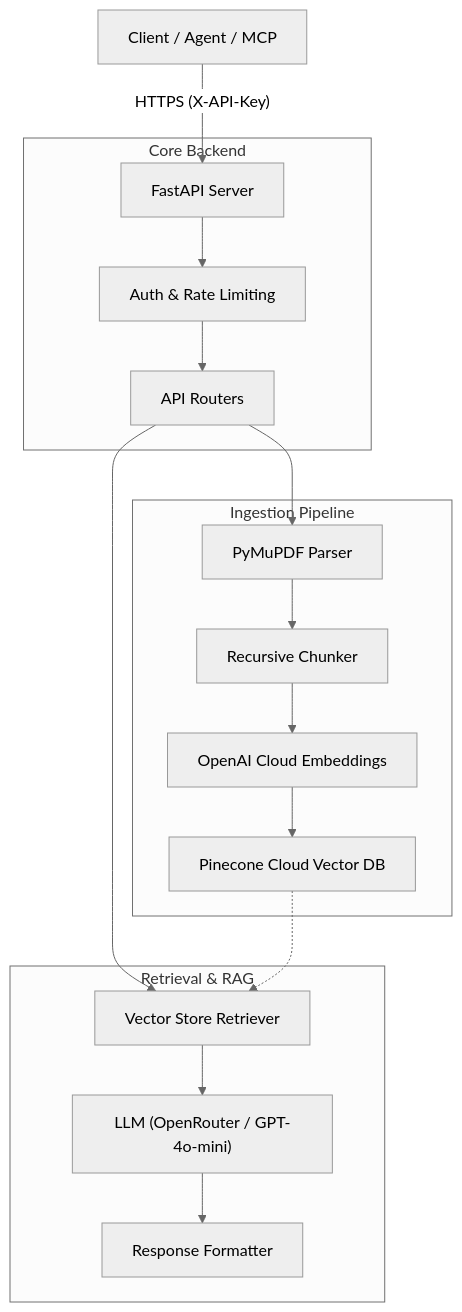
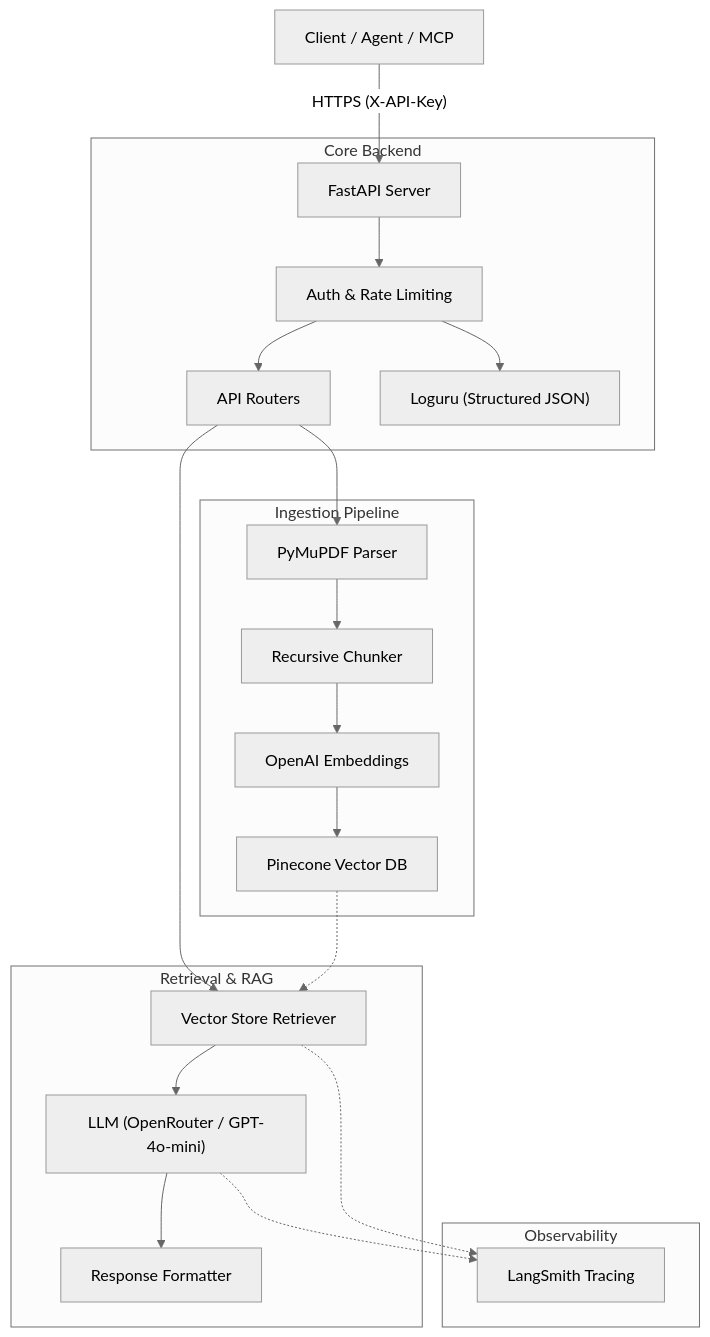
Before and after one commit to KolipakaRamesh/AIKnowledgeAssistantAPI: the diagram in README.md, drawn with Mermaid (neutral theme). The commit also changed other lines of this file and 3 other files, not shown here.

Commit message:
docs: update readme architecture and tech stack, fix vercel ingestion errno 2

````diff
--- a/README.md
+++ b/README.md
@@ -12,24 +12,30 @@
 ```mermaid
 graph TD
     Client["Client / Agent / MCP"] -- "HTTPS (X-API-Key)" --> FastAPI["FastAPI Server"]
     
     subgraph "Core Backend"
         FastAPI --> Middleware["Auth & Rate Limiting"]
         Middleware --> Router["API Routers"]
+        Middleware --> Logger["Loguru (Structured JSON)"]
     end
     
     subgraph "Ingestion Pipeline"
         Router --> Parser["PyMuPDF Parser"]
         Parser --> Chunker["Recursive Chunker"]
-        Chunker --> Embedder["OpenAI Cloud Embeddings"]
-        Embedder --> Pinecone["Pinecone Cloud Vector DB"]
+        Chunker --> Embedder["OpenAI Embeddings"]
+        Embedder --> Pinecone["Pinecone Vector DB"]
     end
     
     subgraph "Retrieval & RAG"
         Router --> Retriever["Vector Store Retriever"]
         Retriever --> LLM["LLM (OpenRouter / GPT-4o-mini)"]
         LLM --> Formatter["Response Formatter"]
     end
     
+    subgraph "Observability"
+        LLM -.-> LangSmith["LangSmith Tracing"]
+        Retriever -.-> LangSmith
+    end
+    
     Pinecone -.-> Retriever
 ```
````
